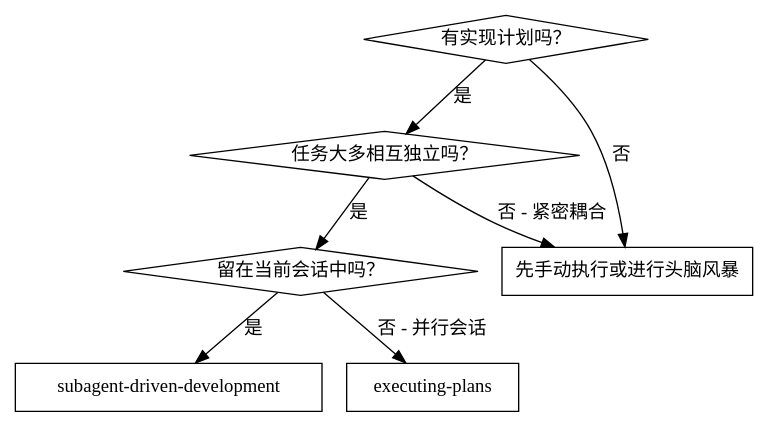
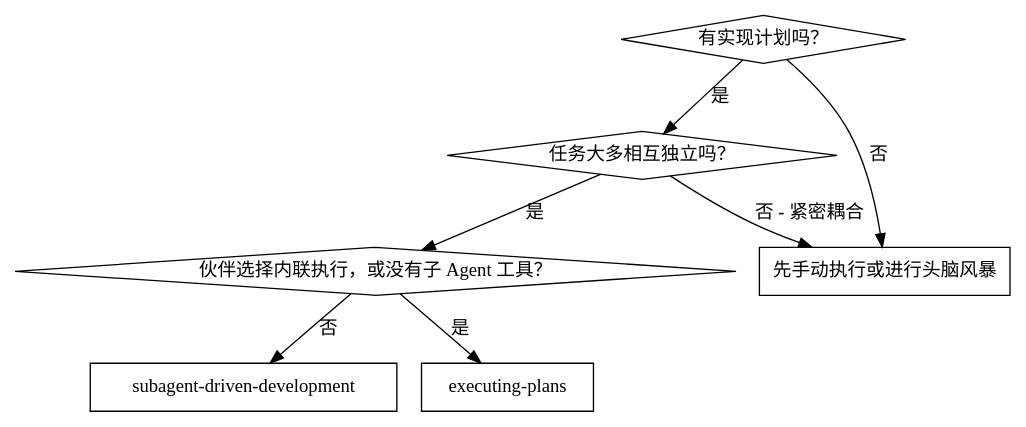
One commit to AreChen/superpowers-zh changed the first of 2 diagrams in skills/subagent-driven-development/SKILL.md. Above: the diagram before and after it, drawn with Graphviz. The commit also changed other lines of this file and 93 other files, not shown here.

````diff
--- a/skills/subagent-driven-development/SKILL.md
+++ b/skills/subagent-driven-development/SKILL.md
@@ -25,17 +25,17 @@
 ```dot
 digraph when_to_use {
     "有实现计划吗？" [shape=diamond];
     "任务大多相互独立吗？" [shape=diamond];
-    "留在当前会话中吗？" [shape=diamond];
+    "伙伴选择内联执行，或没有子 Agent 工具？" [shape=diamond];
     "subagent-driven-development" [shape=box];
     "executing-plans" [shape=box];
     "先手动执行或进行头脑风暴" [shape=box];
 
     "有实现计划吗？" -> "任务大多相互独立吗？" [label="是"];
     "有实现计划吗？" -> "先手动执行或进行头脑风暴" [label="否"];
-    "任务大多相互独立吗？" -> "留在当前会话中吗？" [label="是"];
+    "任务大多相互独立吗？" -> "伙伴选择内联执行，或没有子 Agent 工具？" [label="是"];
     "任务大多相互独立吗？" -> "先手动执行或进行头脑风暴" [label="否 - 紧密耦合"];
-    "留在当前会话中吗？" -> "subagent-driven-development" [label="是"];
-    "留在当前会话中吗？" -> "executing-plans" [label="否 - 并行会话"];
+    "伙伴选择内联执行，或没有子 Agent 工具？" -> "executing-plans" [label="是"];
+    "伙伴选择内联执行，或没有子 Agent 工具？" -> "subagent-driven-development" [label="否"];
 }
 ```
````
